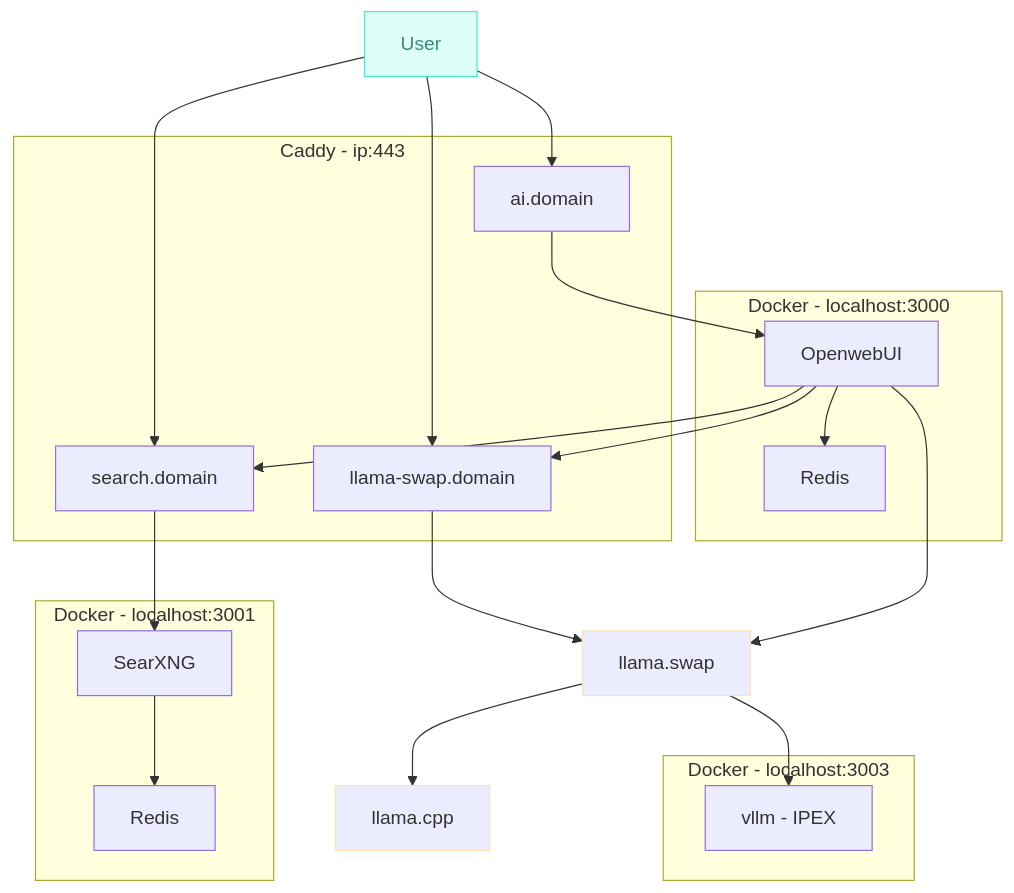
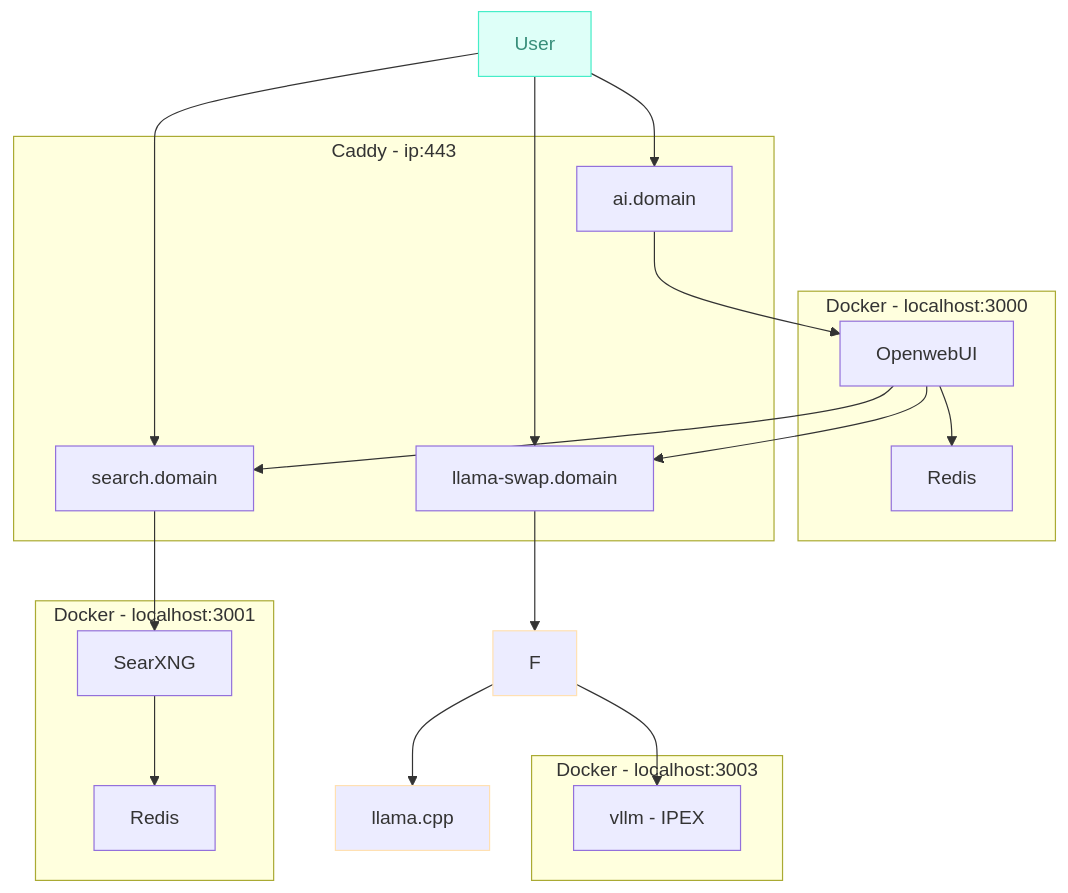
One commit to cycl00ps/ai-lab changed the diagram in README.md. Above: the diagram before and after it, drawn with Mermaid.

````diff
--- a/README.md
+++ b/README.md
@@ -12,35 +12,35 @@
 ```mermaid
 flowchart TD
  subgraph subGraph0["Docker - localhost:3000"]
         B["Redis"]
         A["OpenwebUI"]
   end
  subgraph subGraph1["Docker - localhost:3001"]
         D["Redis"]
         C["SearXNG"]
   end
  subgraph subGraph2["Caddy - ip:443"]
         E["ai.domain"]
         H["search.domain"]
         J["llama-swap.domain"]
   end
  subgraph subGraph3["Docker - localhost:3003"]
         K["vllm - IPEX"]
   end
-    A --> B & F["llama.swap"] & H & J
+    A --> B & H & J
     C --> D
     E --> A
     H --> C
     F --> G["llama.cpp"]
     F --> K
     I["User"] --> E
     I["User"] --> H
     I --> J
     J --> F
 
      I:::Aqua
     classDef Aqua stroke-width:1px, stroke-dasharray:none, stroke:#46EDC8, fill:#DEFFF8, color:#378E7A
     style F stroke:#FFE0B2
     style G stroke:#FFE0B2
     style subGraph2 stroke:#FFE0B2```
 ```
````
